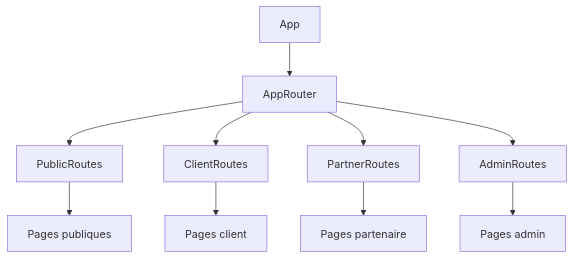
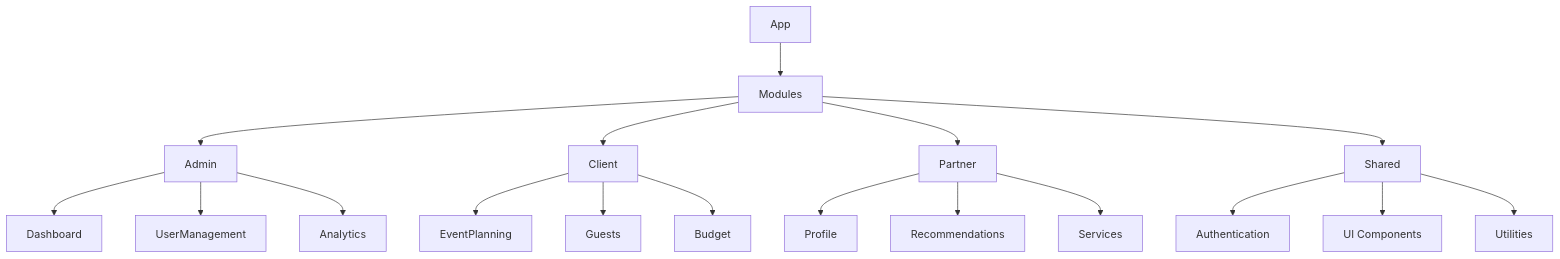
One commit to besteventstraiteur/we-event changed the diagram in ARCHITECTURE.md. Above: the diagram before and after it, drawn with Mermaid. The commit also changed other lines of this file, not shown here.

````diff
--- a/ARCHITECTURE.md
+++ b/ARCHITECTURE.md
@@ -8,13 +7,24 @@
 ```mermaid
 graph TD
-    A[App] --> B[AppRouter]
-    B --> C[PublicRoutes]
-    B --> D[ClientRoutes]
-    B --> E[PartnerRoutes]
-    B --> F[AdminRoutes]
+    A[App] --> B[Modules]
+    B --> C[Admin]
+    B --> D[Client]
+    B --> E[Partner]
+    B --> F[Shared]
     
-    C --> C1[Pages publiques]
-    D --> D1[Pages client]
-    E --> E1[Pages partenaire]
-    F --> F1[Pages admin]
+    C --> C1[Dashboard]
+    C --> C2[UserManagement]
+    C --> C3[Analytics]
+    
+    D --> D1[EventPlanning]
+    D --> D2[Guests]
+    D --> D3[Budget]
+    
+    E --> E1[Profile]
+    E --> E2[Recommendations]
+    E --> E3[Services]
+    
+    F --> F1[Authentication]
+    F --> F2[UI Components]
+    F --> F3[Utilities]
 ```
````
